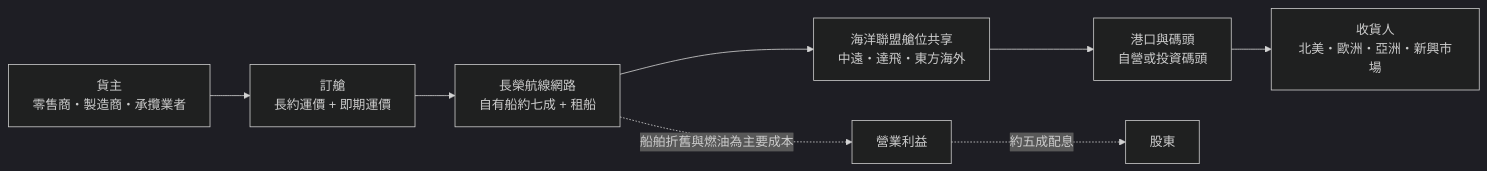
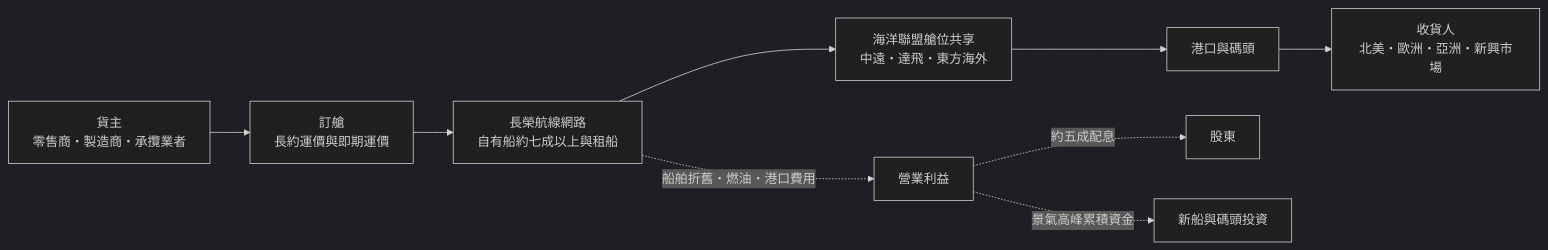
Before and after one commit to wangnick1004/taiwan-stock-vault: the first of 3 diagrams in 個股/台股/2603長榮.md, drawn with Mermaid (dark theme). The commit also changed other lines of this file and 19 other files, not shown here.

````diff
--- a/個股/台股/2603長榮.md
+++ b/個股/台股/2603長榮.md
@@ -64,10 +60,11 @@
 ```mermaid
 flowchart LR
-    A[貨主<br/>零售商・製造商・承攬業者] --> B[訂艙<br/>長約運價 + 即期運價]
-    B --> C[長榮航線網路<br/>自有船約七成 + 租船]
-    C --> D[海洋聯盟艙位共享<br/>中遠・達飛・東方海外]
-    D --> E[港口與碼頭<br/>自營或投資碼頭]
-    E --> F[收貨人<br/>北美・歐洲・亞洲・新興市場]
-    C -. 船舶折舊與燃油為主要成本 .-> G[營業利益]
+    A["貨主<br/>零售商・製造商・承攬業者"] --> B["訂艙<br/>長約運價與即期運價"]
+    B --> C["長榮航線網路<br/>自有船約七成以上與租船"]
+    C --> D["海洋聯盟艙位共享<br/>中遠・達飛・東方海外"]
+    D --> E[港口與碼頭]
+    E --> F["收貨人<br/>北美・歐洲・亞洲・新興市場"]
+    C -. 船舶折舊・燃油・港口費用 .-> G[營業利益]
     G -. 約五成配息 .-> H[股東]
+    G -. 景氣高峰累積資金 .-> I[新船與碼頭投資]
 ```
````
